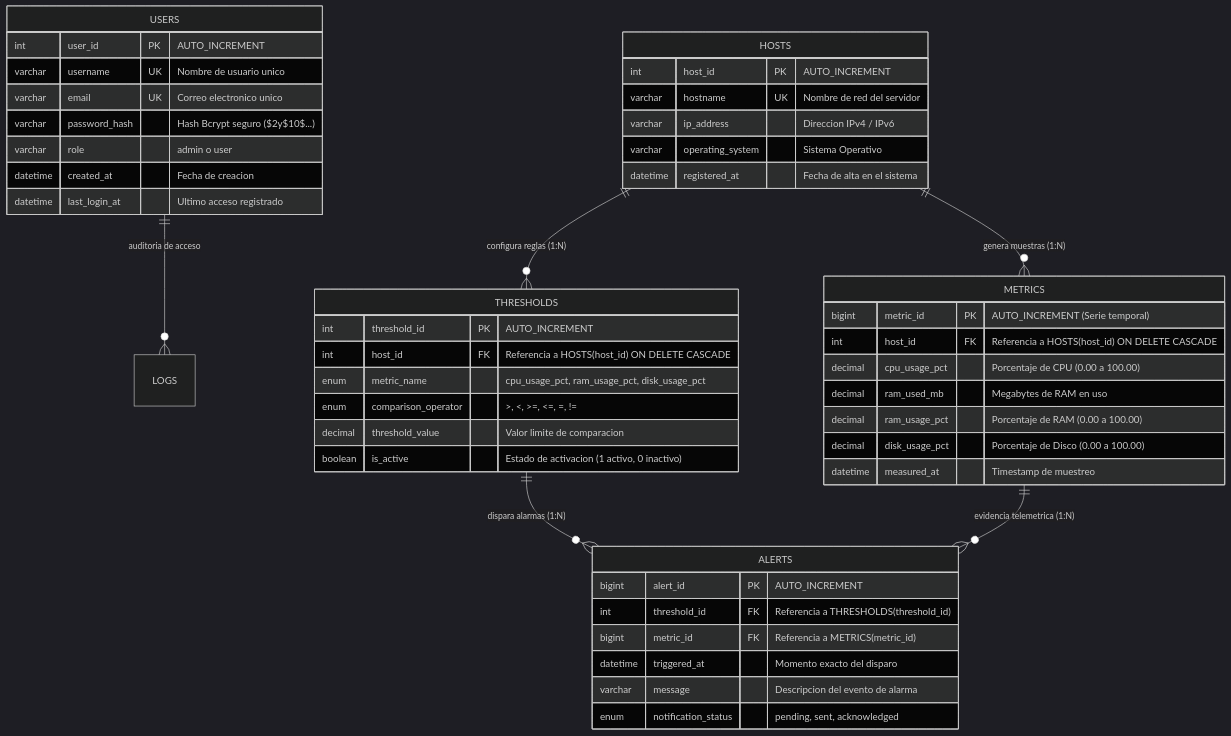
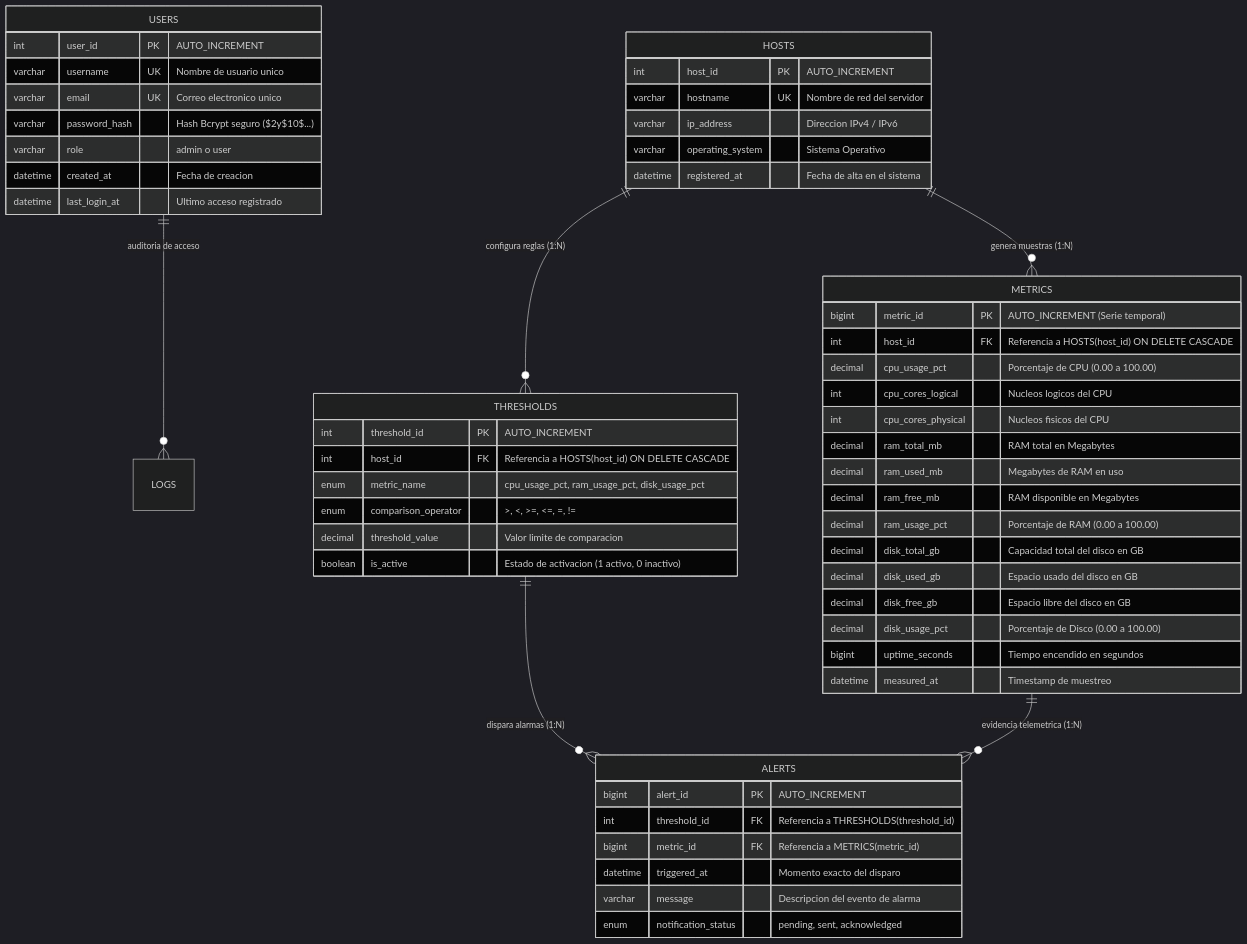
The diagram in README.md (Monitor-Quintillizas/BD), drawn with Mermaid (dark theme) before and after one commit. The commit also changed other lines of this file and 1 other file, not shown here.

````diff
--- a/README.md
+++ b/README.md
@@ -24,54 +24,62 @@
 ```mermaid
 erDiagram
     USERS ||--o{ LOGS : "auditoria de acceso"
     HOSTS ||--o{ METRICS : "genera muestras (1:N)"
     HOSTS ||--o{ THRESHOLDS : "configura reglas (1:N)"
     THRESHOLDS ||--o{ ALERTS : "dispara alarmas (1:N)"
     METRICS ||--o{ ALERTS : "evidencia telemetrica (1:N)"
 
     USERS {
         int user_id PK "AUTO_INCREMENT"
         varchar username UK "Nombre de usuario unico"
         varchar email UK "Correo electronico unico"
         varchar password_hash "Hash Bcrypt seguro ($2y$10$...)"
         varchar role "admin o user"
         datetime created_at "Fecha de creacion"
         datetime last_login_at "Ultimo acceso registrado"
     }
 
     HOSTS {
         int host_id PK "AUTO_INCREMENT"
         varchar hostname UK "Nombre de red del servidor"
         varchar ip_address "Direccion IPv4 / IPv6"
         varchar operating_system "Sistema Operativo"
         datetime registered_at "Fecha de alta en el sistema"
     }
 
     METRICS {
         bigint metric_id PK "AUTO_INCREMENT (Serie temporal)"
         int host_id FK "Referencia a HOSTS(host_id) ON DELETE CASCADE"
         decimal cpu_usage_pct "Porcentaje de CPU (0.00 a 100.00)"
+        int cpu_cores_logical "Nucleos logicos del CPU"
+        int cpu_cores_physical "Nucleos fisicos del CPU"
+        decimal ram_total_mb "RAM total en Megabytes"
         decimal ram_used_mb "Megabytes de RAM en uso"
+        decimal ram_free_mb "RAM disponible en Megabytes"
         decimal ram_usage_pct "Porcentaje de RAM (0.00 a 100.00)"
+        decimal disk_total_gb "Capacidad total del disco en GB"
+        decimal disk_used_gb "Espacio usado del disco en GB"
+        decimal disk_free_gb "Espacio libre del disco en GB"
         decimal disk_usage_pct "Porcentaje de Disco (0.00 a 100.00)"
+        bigint uptime_seconds "Tiempo encendido en segundos"
         datetime measured_at "Timestamp de muestreo"
     }
 
     THRESHOLDS {
         int threshold_id PK "AUTO_INCREMENT"
         int host_id FK "Referencia a HOSTS(host_id) ON DELETE CASCADE"
         enum metric_name "cpu_usage_pct, ram_usage_pct, disk_usage_pct"
         enum comparison_operator ">, <, >=, <=, =, !="
         decimal threshold_value "Valor limite de comparacion"
         boolean is_active "Estado de activacion (1 activo, 0 inactivo)"
     }
 
     ALERTS {
         bigint alert_id PK "AUTO_INCREMENT"
         int threshold_id FK "Referencia a THRESHOLDS(threshold_id)"
         bigint metric_id FK "Referencia a METRICS(metric_id)"
         datetime triggered_at "Momento exacto del disparo"
         varchar message "Descripcion del evento de alarma"
         enum notification_status "pending, sent, acknowledged"
     }
 ```
````
